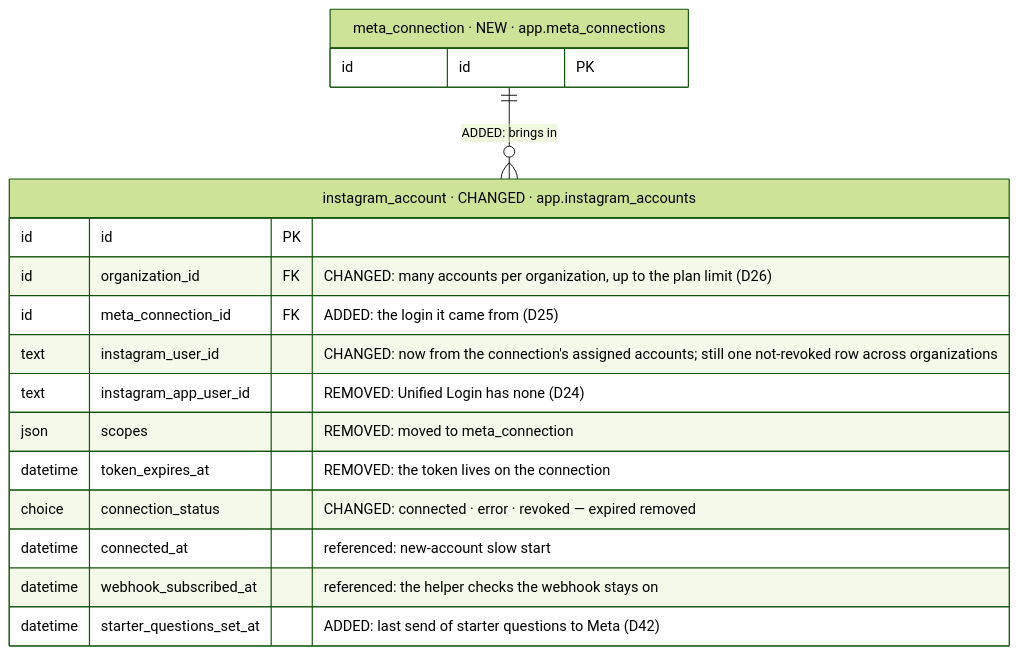
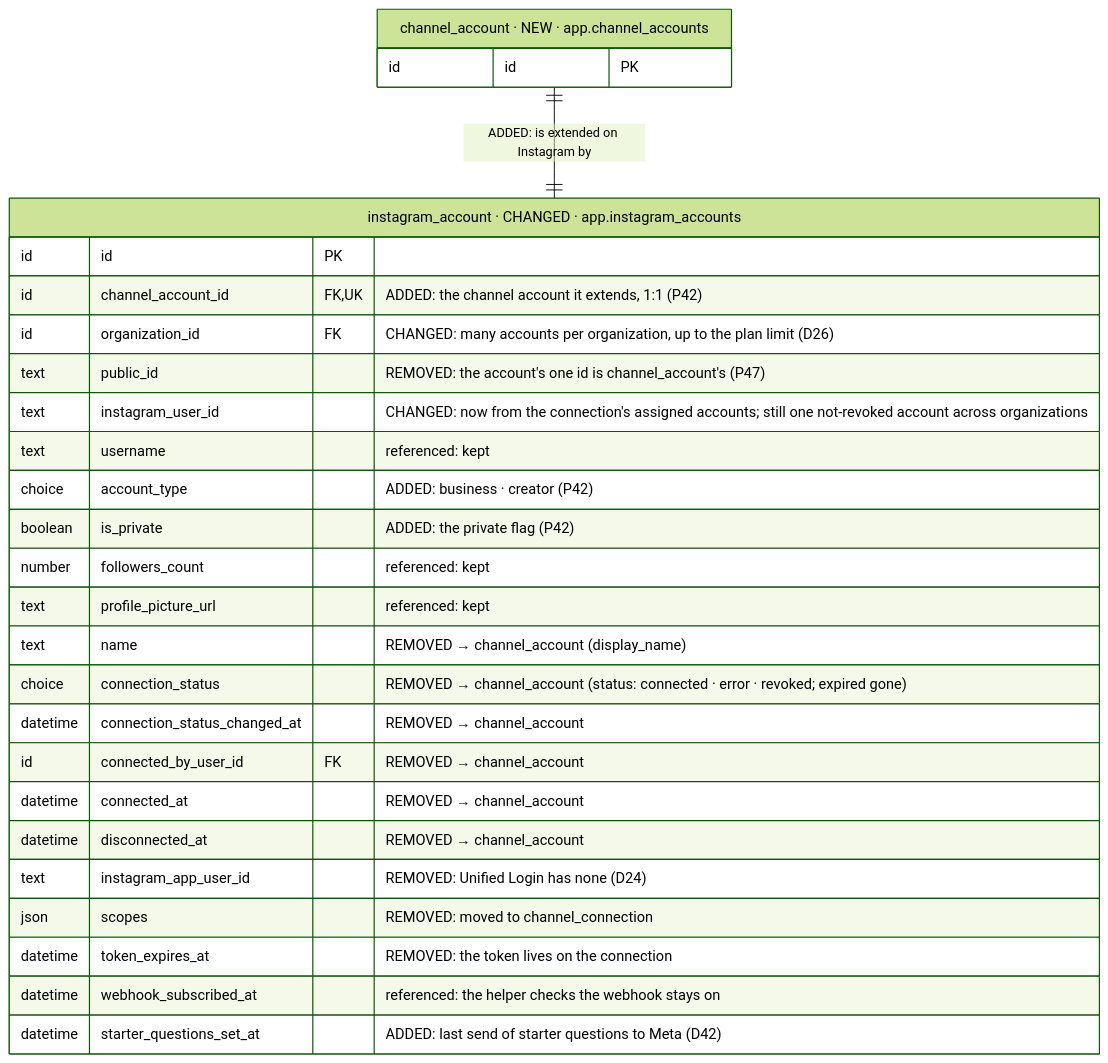
One commit to albetrios/meepzo-be changed the fifth of 40 diagrams in iterations/feat-instagram-dm-sending-2026-11-23-oxak/plans/db-changes.md. Above: the diagram before and after it, drawn with Mermaid (forest theme). The commit also changed other lines of this file and 3 other files, not shown here.

````diff
--- a/iterations/feat-instagram-dm-sending-2026-11-23-oxak/plans/db-changes.md
+++ b/iterations/feat-instagram-dm-sending-2026-11-23-oxak/plans/db-changes.md
@@ -290,20 +401,30 @@
 ```mermaid
 erDiagram
   instagram_account["instagram_account · CHANGED · app.instagram_accounts"] {
     id id PK
+    id channel_account_id FK, UK "ADDED: the channel account it extends, 1:1 (P42)"
     id organization_id FK "CHANGED: many accounts per organization, up to the plan limit (D26)"
-    id meta_connection_id FK "ADDED: the login it came from (D25)"
-    text instagram_user_id "CHANGED: now from the connection's assigned accounts; still one not-revoked row across organizations"
+    text public_id "REMOVED: the account's one id is channel_account's (P47)"
+    text instagram_user_id "CHANGED: now from the connection's assigned accounts; still one not-revoked account across organizations"
+    text username "referenced: kept"
+    choice account_type "ADDED: business · creator (P42)"
+    boolean is_private "ADDED: the private flag (P42)"
+    number followers_count "referenced: kept"
+    text profile_picture_url "referenced: kept"
+    text name "REMOVED → channel_account (display_name)"
+    choice connection_status "REMOVED → channel_account (status: connected · error · revoked; expired gone)"
+    datetime connection_status_changed_at "REMOVED → channel_account"
+    id connected_by_user_id FK "REMOVED → channel_account"
+    datetime connected_at "REMOVED → channel_account"
+    datetime disconnected_at "REMOVED → channel_account"
     text instagram_app_user_id "REMOVED: Unified Login has none (D24)"
-    json scopes "REMOVED: moved to meta_connection"
+    json scopes "REMOVED: moved to channel_connection"
     datetime token_expires_at "REMOVED: the token lives on the connection"
-    choice connection_status "CHANGED: connected · error · revoked — expired removed"
-    datetime connected_at "referenced: new-account slow start"
     datetime webhook_subscribed_at "referenced: the helper checks the webhook stays on"
     datetime starter_questions_set_at "ADDED: last send of starter questions to Meta (D42)"
   }
-  meta_connection["meta_connection · NEW · app.meta_connections"] {
+  channel_account["channel_account · NEW · app.channel_accounts"] {
     id id PK
   }
-  meta_connection ||--o{ instagram_account : "ADDED: brings in"
+  channel_account ||--|| instagram_account : "ADDED: is extended on Instagram by"
 ```
````
